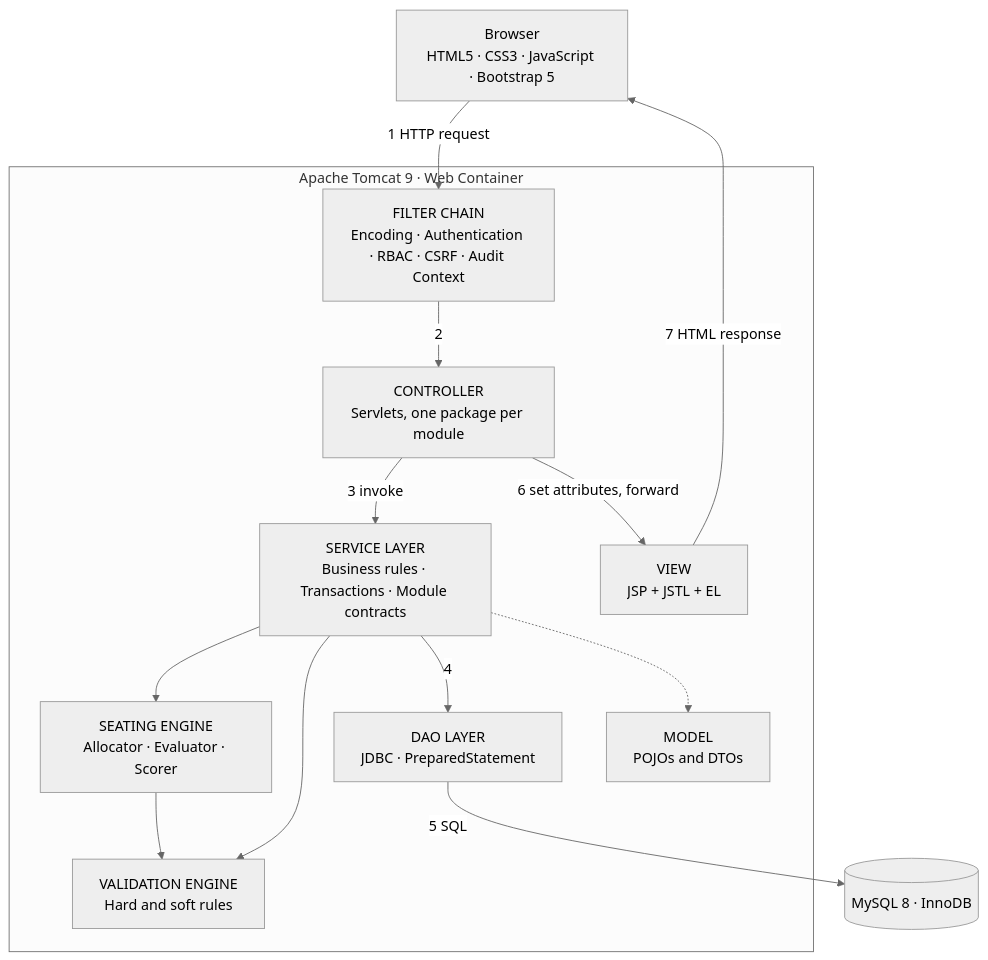
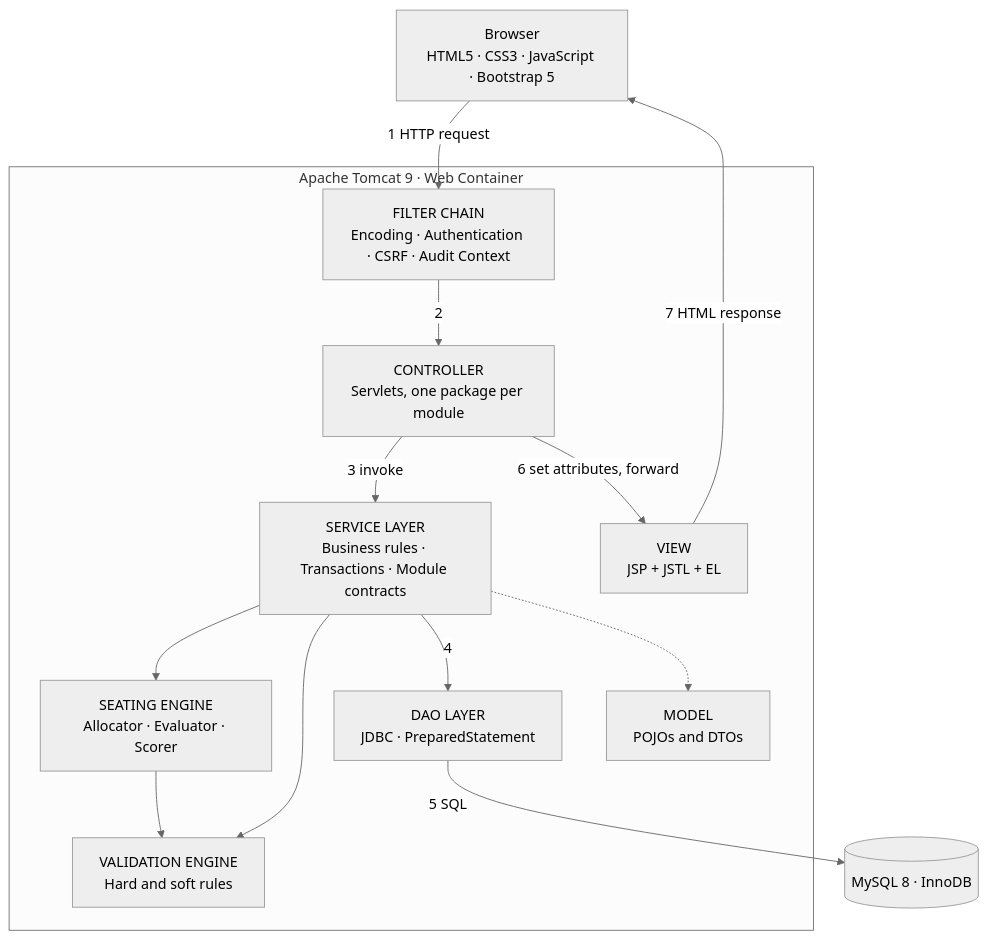
Before and after one commit to always-yash/Seat-o-Matic: the first of 12 diagrams in README.md, drawn with Mermaid. The commit also changed other lines of this file and 11 other files, not shown here.

````diff
--- a/README.md
+++ b/README.md
@@ -232,27 +232,27 @@
 ```mermaid
 %%{init: {'theme':'neutral'}}%%
 flowchart TB
     U["Browser<br/>HTML5 · CSS3 · JavaScript · Bootstrap 5"]
     subgraph TOMCAT["Apache Tomcat 9 · Web Container"]
-        FC["FILTER CHAIN<br/>Encoding · Authentication · RBAC · CSRF · Audit Context"]
+        FC["FILTER CHAIN<br/>Encoding · Authentication · CSRF · Audit Context"]
         CT["CONTROLLER<br/>Servlets, one package per module"]
         VW["VIEW<br/>JSP + JSTL + EL"]
         SV["SERVICE LAYER<br/>Business rules · Transactions · Module contracts"]
         EN["SEATING ENGINE<br/>Allocator · Evaluator · Scorer"]
         VE["VALIDATION ENGINE<br/>Hard and soft rules"]
         DA["DAO LAYER<br/>JDBC · PreparedStatement"]
         MD["MODEL<br/>POJOs and DTOs"]
     end
     DB[("MySQL 8 · InnoDB")]
     U -->|"1 HTTP request"| FC
     FC -->|"2"| CT
     CT -->|"3 invoke"| SV
     SV --> EN
     SV --> VE
     EN --> VE
     SV -->|"4"| DA
     DA -->|"5 SQL"| DB
     SV -.-> MD
     CT -->|"6 set attributes, forward"| VW
     VW -->|"7 HTML response"| U
 ```
````
